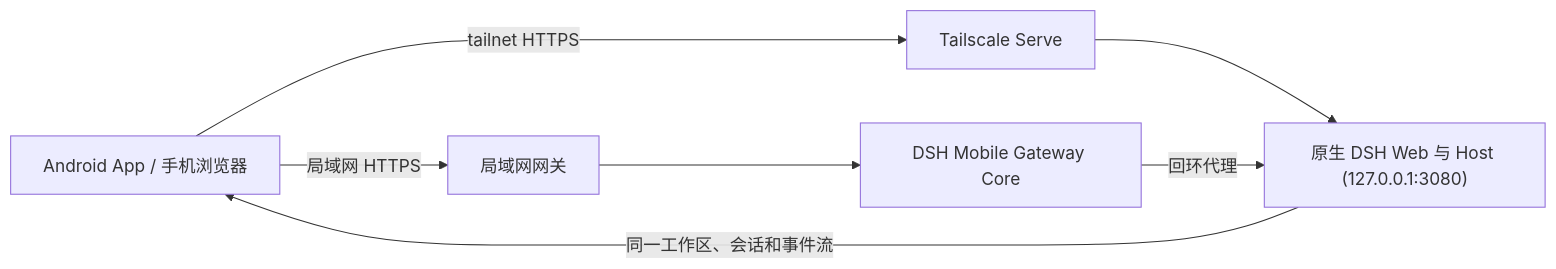
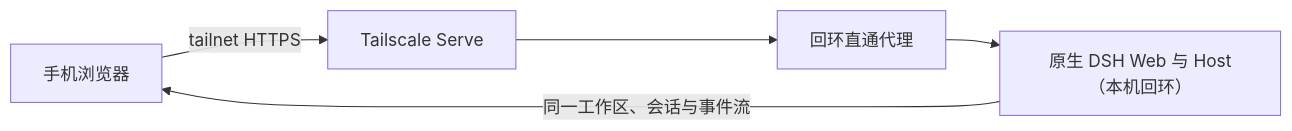
One commit to qiushenjie/dsh-mobile-tailscale changed the diagram in README.md. Above: the diagram before and after it, drawn with Mermaid. The commit also changed other lines of this file and 6 other files, not shown here.

````diff
--- a/README.md
+++ b/README.md
@@ -230,9 +37,7 @@
 ```mermaid
 flowchart LR
-  Phone["Android App / 手机浏览器"] -->|"局域网 HTTPS"| Lan["局域网网关"]
-  Phone -->|"tailnet HTTPS"| Serve["Tailscale Serve"]
-  Lan --> Gateway["DSH Mobile Gateway Core"]
-  Serve --> DSH["原生 DSH Web 与 Host (127.0.0.1:3080)"]
-  Gateway -->|"回环代理"| DSH
-  DSH -->|"同一工作区、会话和事件流"| Phone
+  Phone["手机浏览器"] -->|"tailnet HTTPS"| Serve["Tailscale Serve"]
+  Serve --> Proxy["回环直通代理"]
+  Proxy --> DSH["原生 DSH Web 与 Host（本机回环）"]
+  DSH -->|"同一工作区、会话与事件流"| Phone
 ```
````
